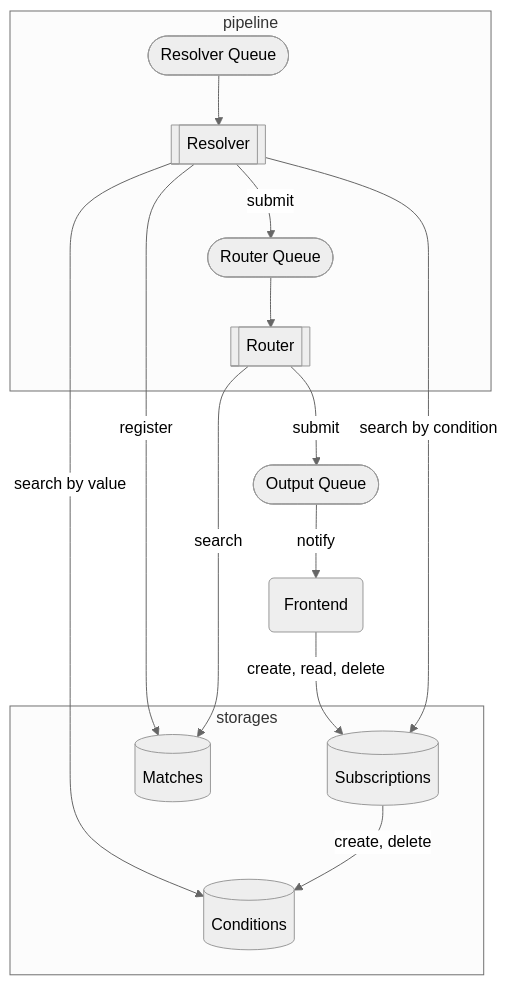
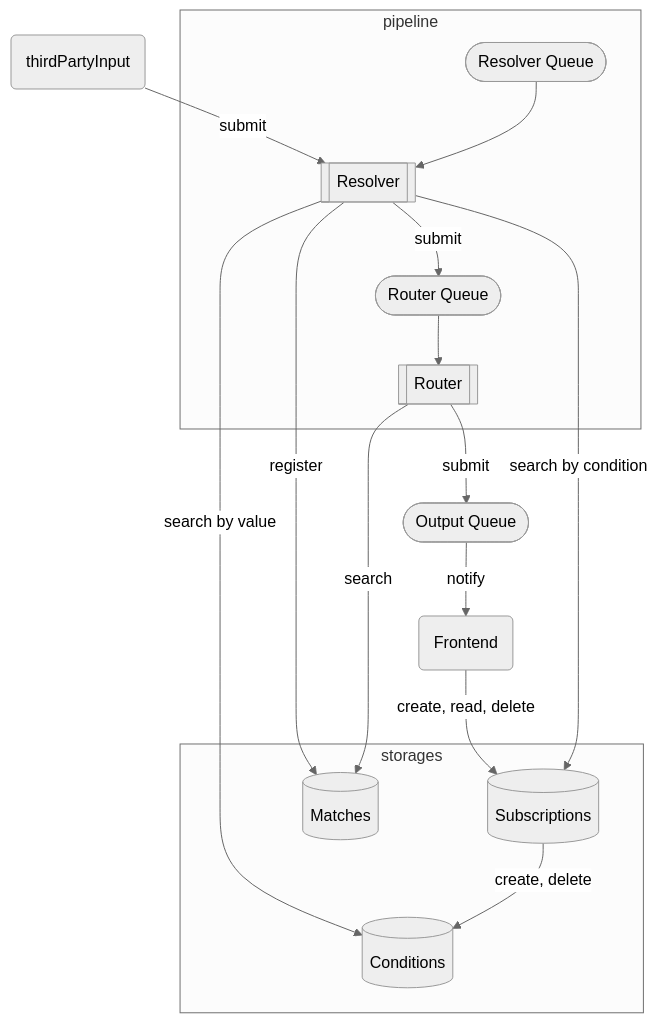
Before and after one commit to awakari/.github: the second of 2 diagrams in profile/README.md, drawn with Mermaid.

````diff
--- a/profile/README.md
+++ b/profile/README.md
@@ -161,23 +161,25 @@
 ```mermaid
 %%{init: {'theme': 'neutral' } }%%
 flowchart TB
     subgraph storages
         conditions[(Conditions)]
         subscriptions[(Subscriptions)]
         matches[(Matches)]
     end
     subgraph pipeline
         resolverQueue([Resolver Queue])
         resolver[[Resolver]]
         routerQueue([Router Queue])
         router[[Router]]
     end
+    thirdPartyInput(thirdPartyInput)
     outputQueue([Output Queue])
     frontend(Frontend) -->|create, read, delete| subscriptions
+    thirdPartyInput -->|submit| resolver
     resolver -->|search by value| conditions
     resolver --> |search by condition| subscriptions
     resolver --> |register| matches
     subscriptions --> |create, delete| conditions
     router --> |search| matches
     resolverQueue --> resolver -->|submit| routerQueue --> router -->|submit| outputQueue -->|notify| frontend
 ```
````
